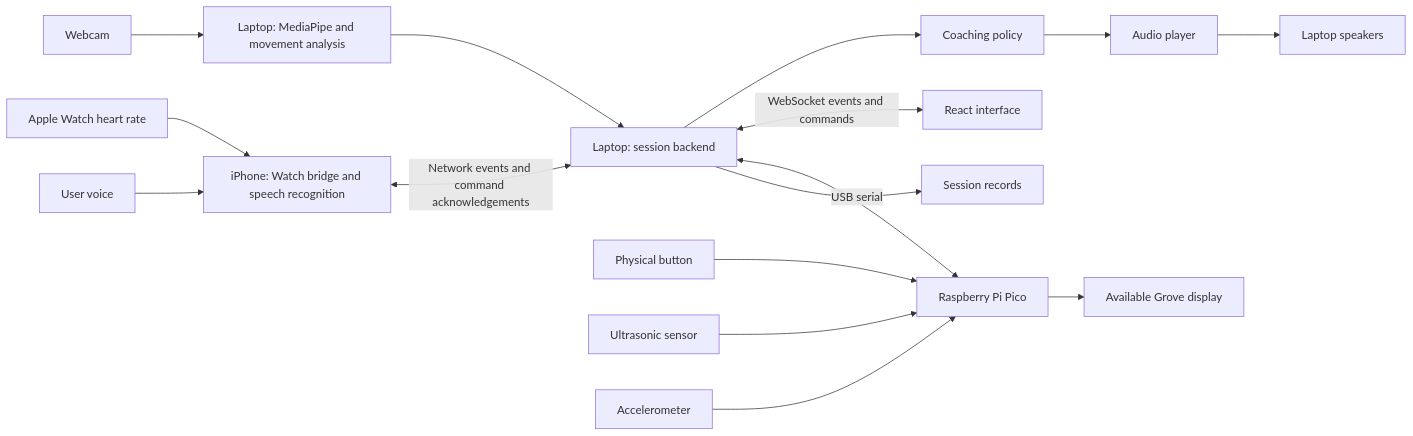
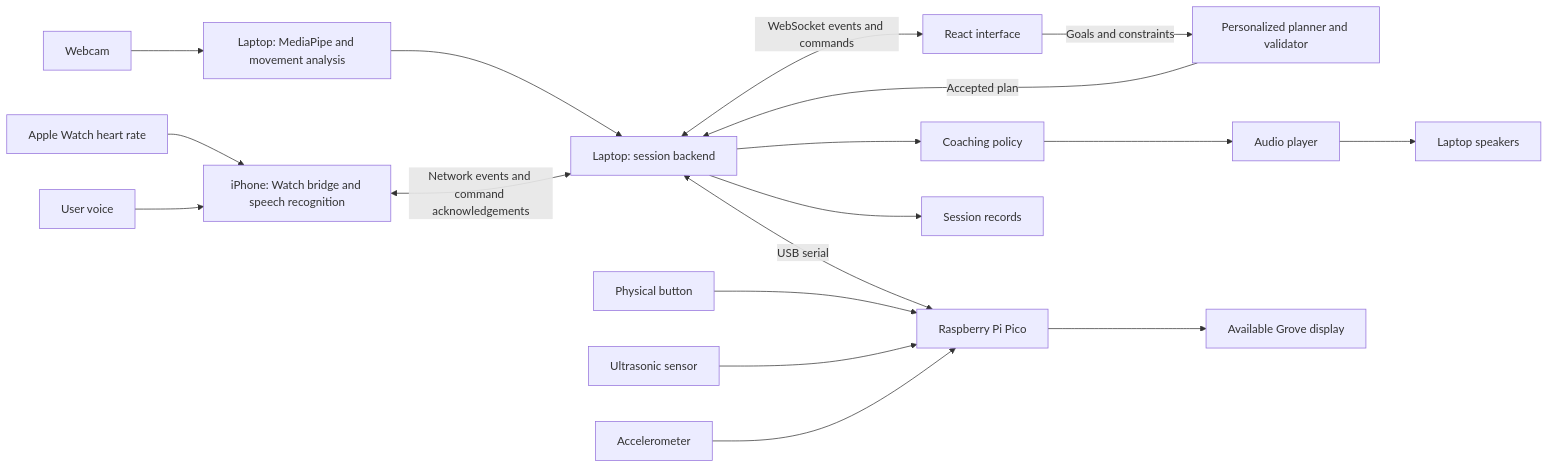
One commit to chaseum/gymni-codered changed the diagram in GYM_AND_AI_TEAM_BRIEF.md. Above: the diagram before and after it, drawn with Mermaid. The commit also changed other lines of this file and 1 other file, not shown here.

Commit message:
Add personalized goal-based workout planning to team brief

````diff
--- a/GYM_AND_AI_TEAM_BRIEF.md
+++ b/GYM_AND_AI_TEAM_BRIEF.md
@@ -167,18 +200,20 @@
 ```mermaid
 flowchart LR
     Camera[Webcam] --> Vision[Laptop: MediaPipe and movement analysis]
     Vision --> Backend[Laptop: session backend]
     Watch[Apple Watch heart rate] --> Phone[iPhone: Watch bridge and speech recognition]
     Voice[User voice] --> Phone
     Phone <-->|Network events and command acknowledgements| Backend
     Backend --> Coach[Coaching policy]
     Backend <-->|WebSocket events and commands| UI[React interface]
+    UI -->|Goals and constraints| Planner[Personalized planner and validator]
+    Planner -->|Accepted plan| Backend
     Coach --> Audio[Audio player]
     Audio --> Speaker[Laptop speakers]
     Backend <-->|USB serial| Pico[Raspberry Pi Pico]
     Button[Physical button] --> Pico
     Pico --> Display[Available Grove display]
     Range[Ultrasonic sensor] --> Pico
     Accel[Accelerometer] --> Pico
     Backend --> History[Session records]
 ```
````
